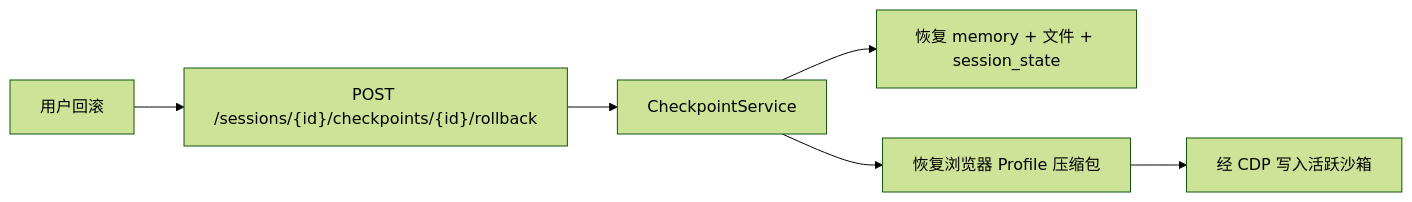
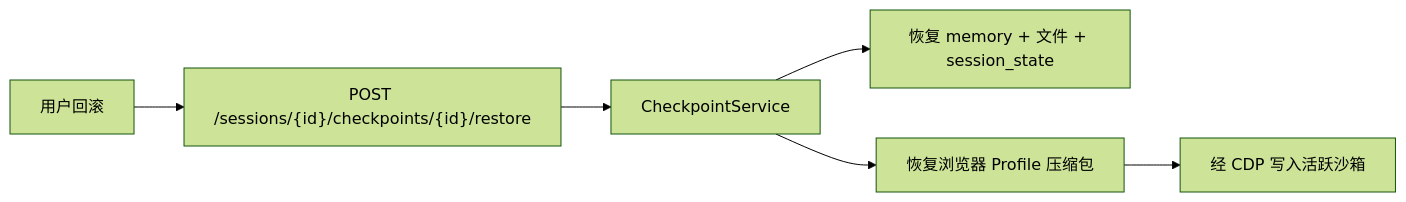
One commit to OceaLong/opencitadel changed the second of 2 diagrams in docs/architecture/checkpoints-and-hitl.zh-CN.md. Above: the diagram before and after it, drawn with Mermaid (forest theme). The commit also changed other lines of this file and 61 other files, not shown here.

First line of the commit message:
docs(tutorials): update tutorials to match new LLM endpoint and model configuration flow

````diff
--- a/docs/architecture/checkpoints-and-hitl.zh-CN.md
+++ b/docs/architecture/checkpoints-and-hitl.zh-CN.md
@@ -62,8 +62,8 @@
 ```mermaid
 flowchart LR
-  User["用户回滚"] --> API["POST /sessions/{id}/checkpoints/{id}/rollback"]
+  User["用户回滚"] --> API["POST /sessions/{id}/checkpoints/{id}/restore"]
   API --> CP["CheckpointService"]
   CP --> Mem["恢复 memory + 文件 + session_state"]
   CP --> Browser["恢复浏览器 Profile 压缩包"]
   Browser --> Sandbox["经 CDP 写入活跃沙箱"]
 ```
````
